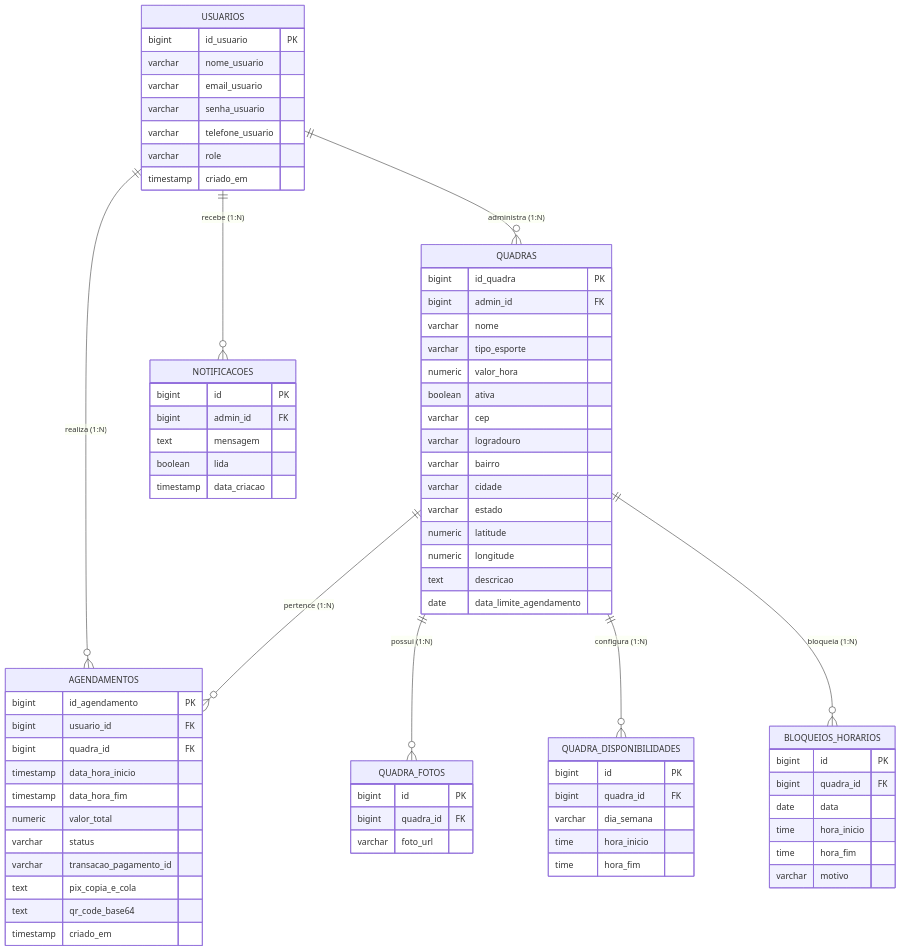
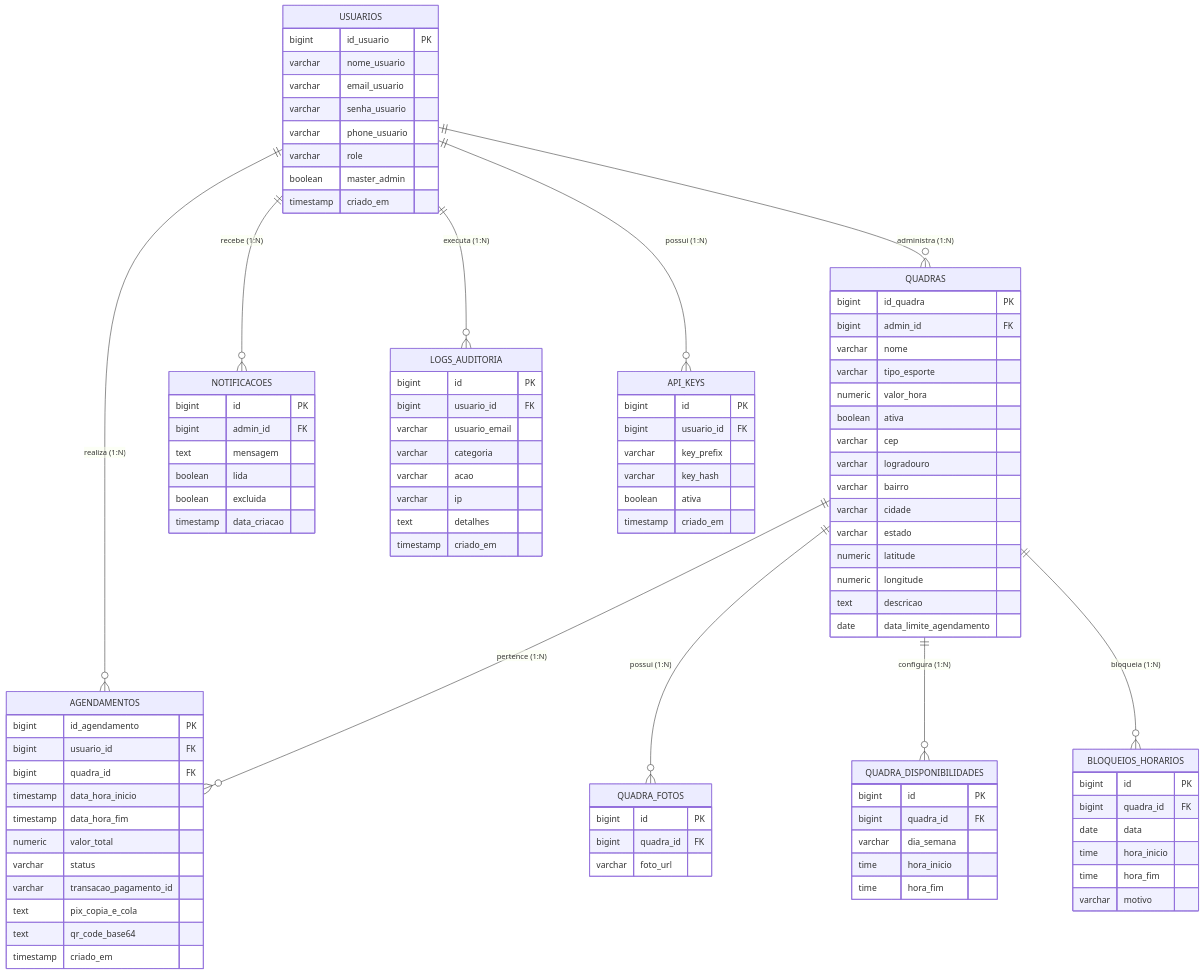
The diagram in README.md (GuilhermeAizzaSano/eQuadras), drawn with Mermaid before and after one commit. The commit also changed other lines of this file, not shown here.

Commit message:
docs: atualiza README.md com paginacao, auditoria, api-keys e pipeline CI/CD

````diff
--- a/README.md
+++ b/README.md
@@ -193,6 +189,8 @@
     USUARIOS ||--o{ QUADRAS : "administra (1:N)"
     USUARIOS ||--o{ AGENDAMENTOS : "realiza (1:N)"
     USUARIOS ||--o{ NOTIFICACOES : "recebe (1:N)"
+    USUARIOS ||--o{ LOGS_AUDITORIA : "executa (1:N)"
+    USUARIOS ||--o{ API_KEYS : "possui (1:N)"
     QUADRAS ||--o{ AGENDAMENTOS : "pertence (1:N)"
     QUADRAS ||--o{ QUADRA_FOTOS : "possui (1:N)"
     QUADRAS ||--o{ QUADRA_DISPONIBILIDADES : "configura (1:N)"
@@ -203,8 +201,9 @@
         varchar nome_usuario
         varchar email_usuario
         varchar senha_usuario
-        varchar telefone_usuario
+        varchar phone_usuario
         varchar role
+        boolean master_admin
         timestamp criado_em
     }
 
@@ -268,6 +267,27 @@
         bigint admin_id FK
         text mensagem
         boolean lida
+        boolean excluida
         timestamp data_criacao
     }
+
+    LOGS_AUDITORIA {
+        bigint id PK
+        bigint usuario_id FK
+        varchar usuario_email
+        varchar categoria
+        varchar acao
+        varchar ip
+        text detalhes
+        timestamp criado_em
+    }
+
+    API_KEYS {
+        bigint id PK
+        bigint usuario_id FK
+        varchar key_prefix
+        varchar key_hash
+        boolean ativa
+        timestamp criado_em
+    }
 ```
````
